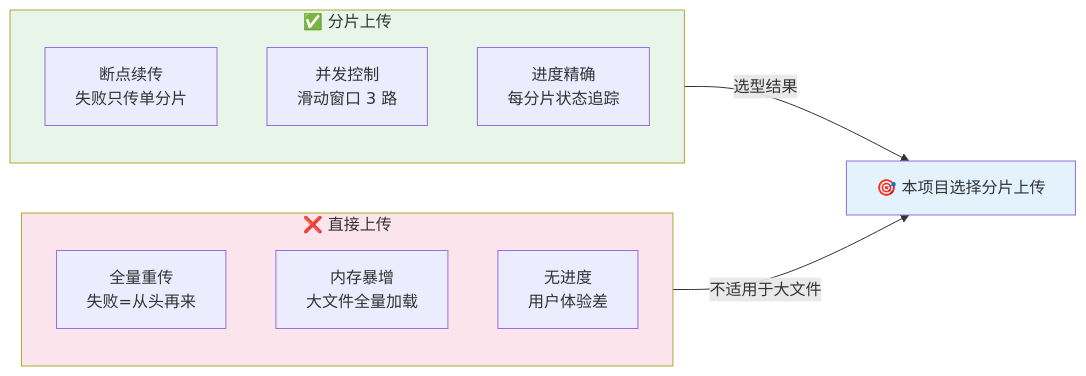
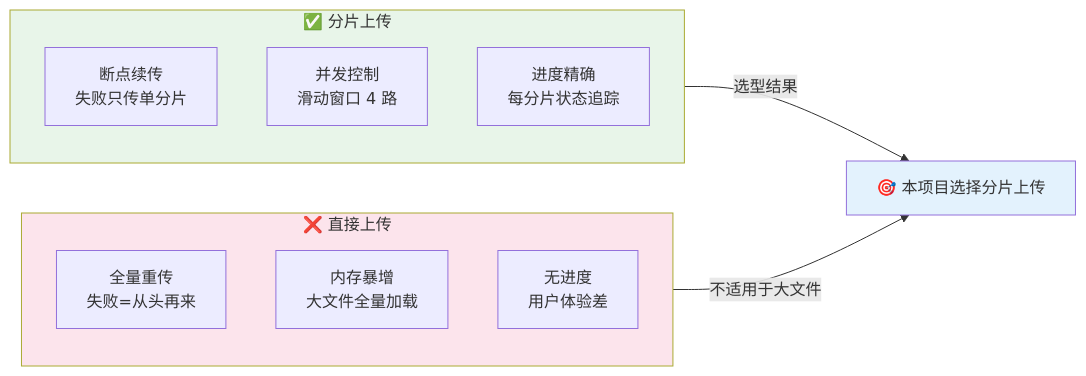
Diagram 38 of 46 in docs/面试亮点.md (KMaybe01/interview-demo), drawn with Mermaid before and after one commit. The commit also changed other lines of this file and 3 other files, not shown here.

````diff
--- a/docs/面试亮点.md
+++ b/docs/面试亮点.md
@@ -3828,21 +4058,21 @@
 ```mermaid
 graph LR
     subgraph CHUNKED["✅ 分片上传"]
         C1["断点续传<br/>失败只传单分片"]
-        C2["并发控制<br/>滑动窗口 3 路"]
+        C2["并发控制<br/>滑动窗口 4 路"]
         C3["进度精确<br/>每分片状态追踪"]
     end
 
     subgraph DIRECT["❌ 直接上传"]
         D1["全量重传<br/>失败=从头再来"]
         D2["内存暴增<br/>大文件全量加载"]
         D3["无进度<br/>用户体验差"]
     end
 
     CHUNKED -->|"选型结果"| WIN["🎯 本项目选择分片上传"]
     DIRECT -->|"不适用于大文件"| WIN
 
     style CHUNKED fill:#e8f5e9
     style DIRECT fill:#fce4ec
     style WIN fill:#e3f2fd
 ```
````
